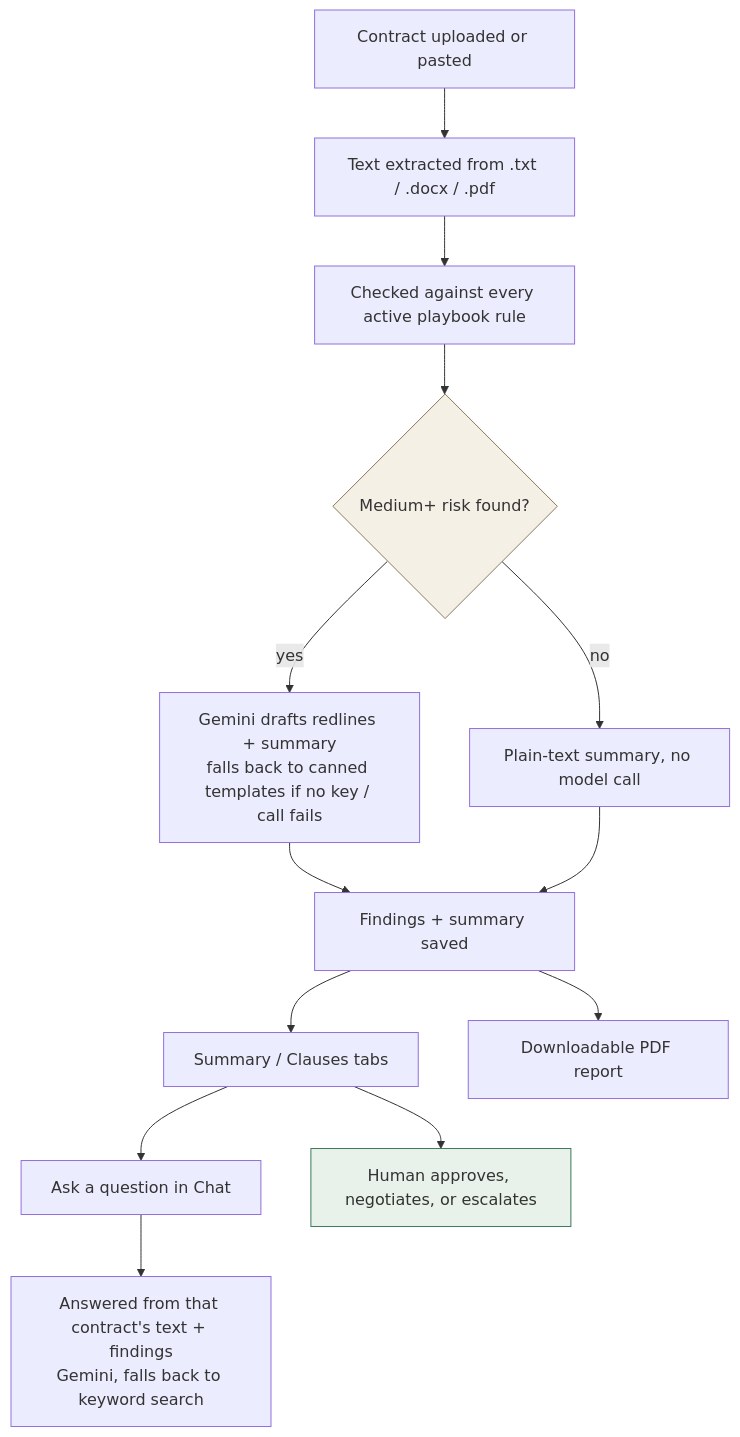
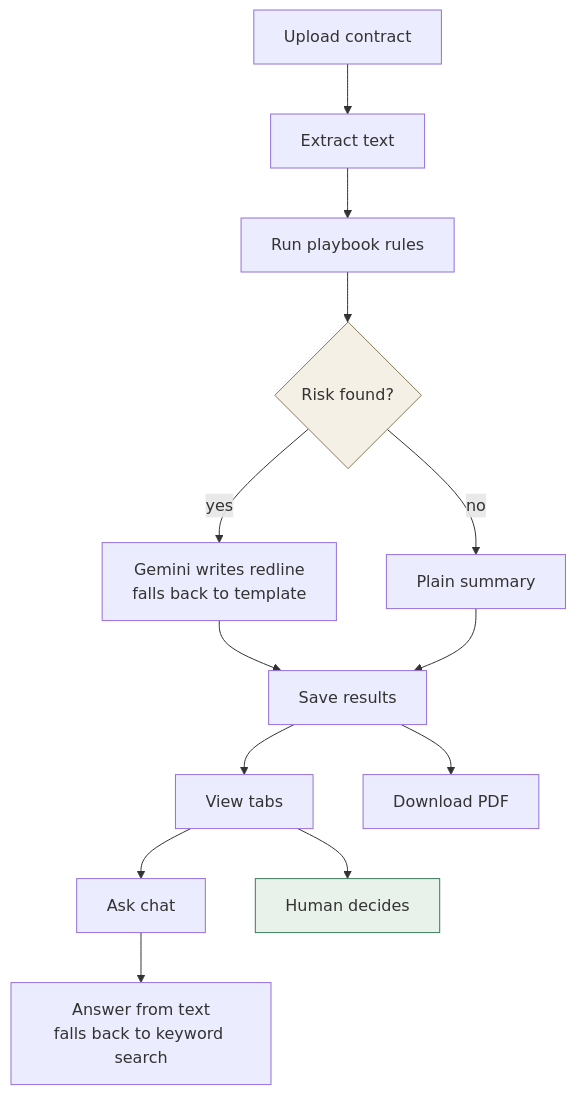
Before and after one commit to Aduda-Shem/clauseguard: the diagram in README.md, drawn with Mermaid.

Commit message:
Shorten flowchart labels to fit boxes

````diff
--- a/README.md
+++ b/README.md
@@ -22,18 +22,18 @@
 ```mermaid
 flowchart TD
-    A[Contract uploaded or pasted] --> B[Text extracted from .txt / .docx / .pdf]
-    B --> C[Checked against every active playbook rule]
-    C --> D{Medium+ risk found?}
-    D -- yes --> E[Gemini drafts redlines + summary\nfalls back to canned templates if no key / call fails]
-    D -- no --> F[Plain-text summary, no model call]
-    E --> G[Findings + summary saved]
+    A[Upload contract] --> B[Extract text]
+    B --> C[Run playbook rules]
+    C --> D{Risk found?}
+    D -- yes --> E[Gemini writes redline\nfalls back to template]
+    D -- no --> F[Plain summary]
+    E --> G[Save results]
     F --> G
-    G --> H[Summary / Clauses tabs]
-    G --> I[Downloadable PDF report]
-    H --> J[Ask a question in Chat]
-    J --> K[Answered from that contract's text + findings\nGemini, falls back to keyword search]
-    H --> L[Human approves, negotiates, or escalates]
+    G --> H[View tabs]
+    G --> I[Download PDF]
+    H --> J[Ask chat]
+    J --> K[Answer from text\nfalls back to keyword search]
+    H --> L[Human decides]
 
     style D fill:#f5f0e6,stroke:#8a7a5c
     style L fill:#e9f2ea,stroke:#3c7a5c
 ```
````
